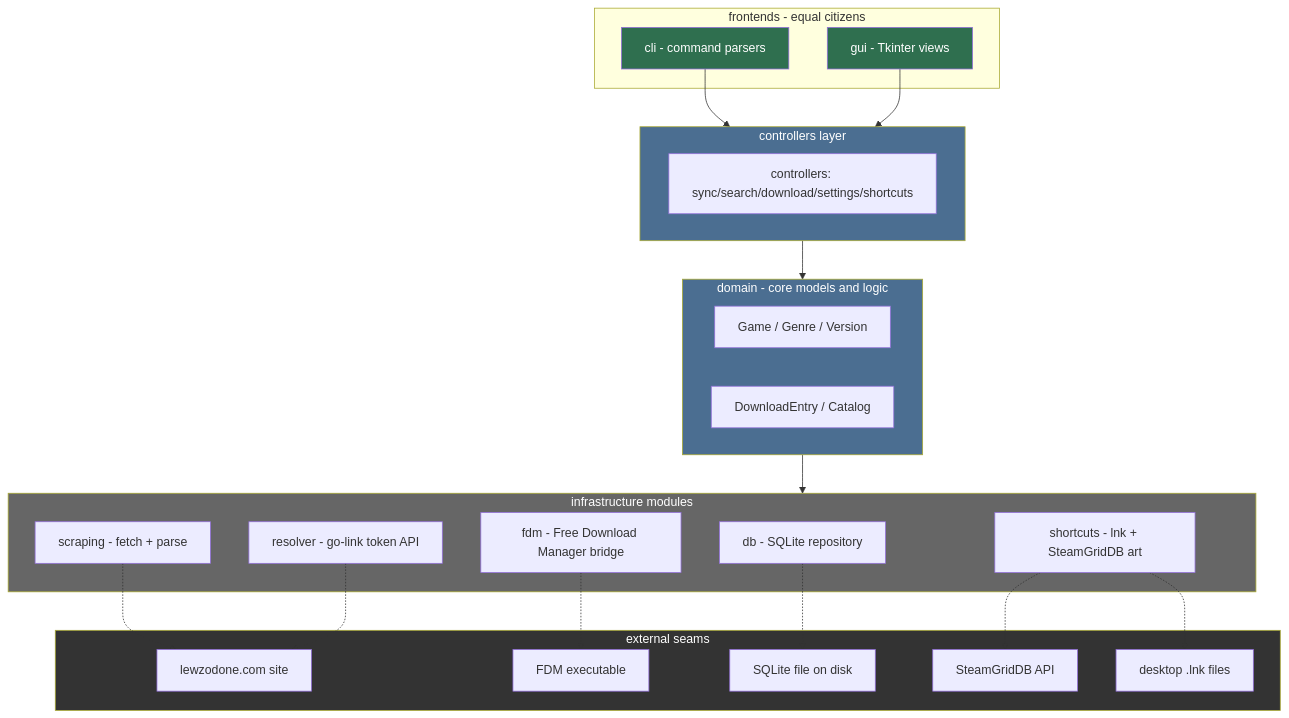
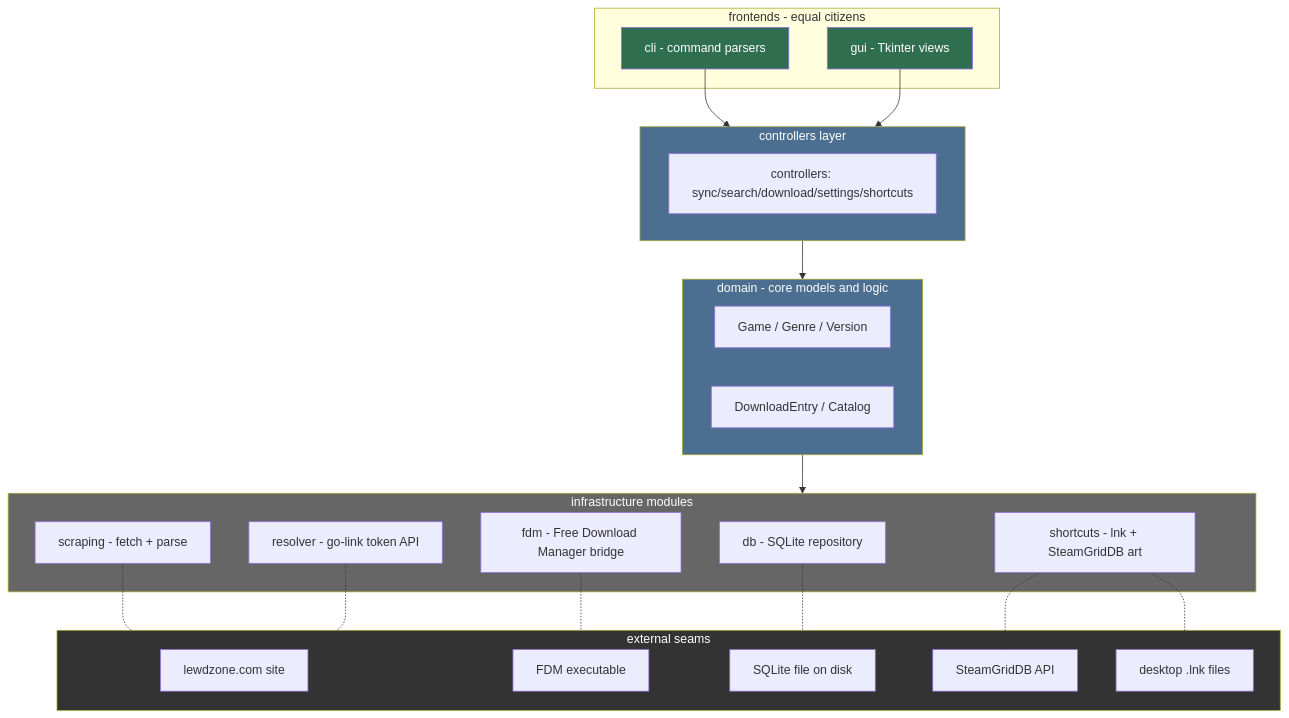
The diagram in .agents/agents/architect/systems-designer/systems-designer.md (HELIX-Origin/LewdZone-Launcher), drawn with Mermaid before and after one commit. The commit also changed 35 other files, not shown here.

First line of the commit message:
🎨 fix(agents): make all mermaid diagrams Rule 09 compliant

````diff
--- a/.agents/agents/architect/systems-designer/systems-designer.md
+++ b/.agents/agents/architect/systems-designer/systems-designer.md
@@ -27,46 +27,46 @@
 ```mermaid
 flowchart TD
-    subgraph UI [frontends - equal citizens]
-        CLI[cli - command parsers]
-        GUI[gui - Tkinter views]
+    subgraph UI["frontends - equal citizens"]
+        CLI["cli - command parsers"]
+        GUI["gui - Tkinter views"]
     end
-    subgraph SVC [controllers layer]
-        S1[controllers: sync/search/download/settings/shortcuts]
+    subgraph SVC["controllers layer"]
+        S1["controllers: sync/search/download/settings/shortcuts"]
     end
-    subgraph DOM [domain - core models and logic]
-        D1[Game / Genre / Version]
-        D2[DownloadEntry / Catalog]
+    subgraph DOM["domain - core models and logic"]
+        D1["Game / Genre / Version"]
+        D2["DownloadEntry / Catalog"]
     end
-    subgraph INFRA [infrastructure modules]
+    subgraph INFRA["infrastructure modules"]
         I1[db - SQLite repository]
         I2[scraping - fetch + parse]
         I3[resolver - go-link token API]
         I4[fdm - Free Download Manager bridge]
         I5[shortcuts - lnk + SteamGridDB art]
     end
-    subgraph EXT [external seams]
-        E1[lewzodone.com site]
+    subgraph EXT["external seams"]
+        E1["lewdzone.com site"]
         E2[FDM executable]
         E3[SQLite file on disk]
         E4[SteamGridDB API]
         E5[desktop .lnk files]
     end
 
     CLI --> SVC
     GUI --> SVC
     SVC --> DOM
     DOM --> INFRA
     I1 -.-> E3
     I2 -.-> E1
     I3 -.-> E1
     I4 -.-> E2
     I5 -.-> E4
     I5 -.-> E5
 
     style CLI fill:#2f6f4f,color:#fff
     style GUI fill:#2f6f4f,color:#fff
     style SVC fill:#4b6e91,color:#fff
     style DOM fill:#4b6e91,color:#fff
     style INFRA fill:#666,color:#fff
     style EXT fill:#333,color:#fff
 ```
````
